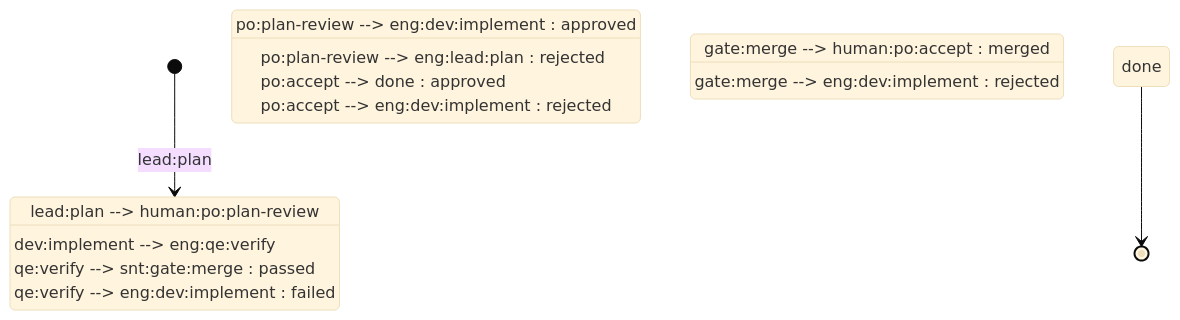
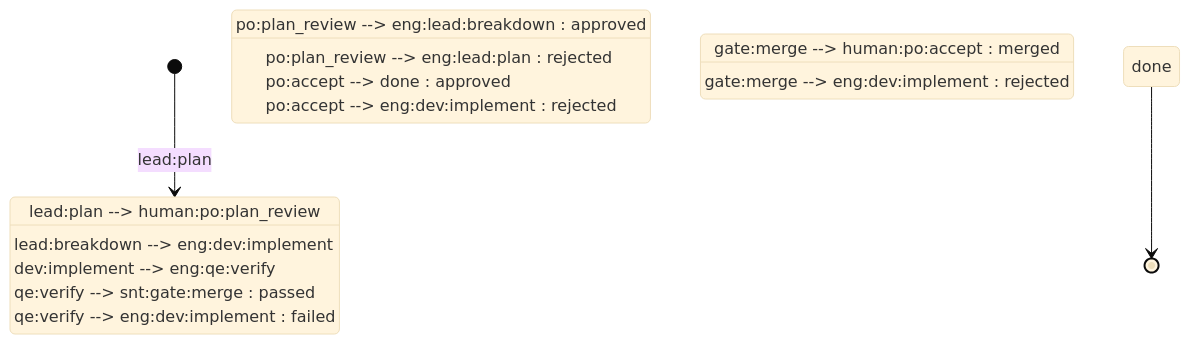
The second of 3 diagrams in profiles/agentic-sdlc-planning/PROCESS.md (devguyio-bot-squad/botminter), drawn with Mermaid (base theme) before and after one commit. The commit also changed other lines of this file, not shown here.

Commit message:
docs(profile): add eng:lead:breakdown to story lifecycle template

````diff
--- a/profiles/agentic-sdlc-planning/PROCESS.md
+++ b/profiles/agentic-sdlc-planning/PROCESS.md
@@ -197,15 +198,16 @@
 ```mermaid
 stateDiagram-v2
     [*] --> eng:lead:plan
-    eng:lead:plan --> human:po:plan-review
-    human:po:plan-review --> eng:dev:implement : approved
-    human:po:plan-review --> eng:lead:plan : rejected
+    eng:lead:plan --> human:po:plan_review
+    human:po:plan_review --> eng:lead:breakdown : approved
+    human:po:plan_review --> eng:lead:plan : rejected
+    eng:lead:breakdown --> eng:dev:implement
     eng:dev:implement --> eng:qe:verify
     eng:qe:verify --> snt:gate:merge : passed
     eng:qe:verify --> eng:dev:implement : failed
     snt:gate:merge --> human:po:accept : merged
     snt:gate:merge --> eng:dev:implement : rejected
     human:po:accept --> done : approved
     human:po:accept --> eng:dev:implement : rejected
     done --> [*]
 ```
````
